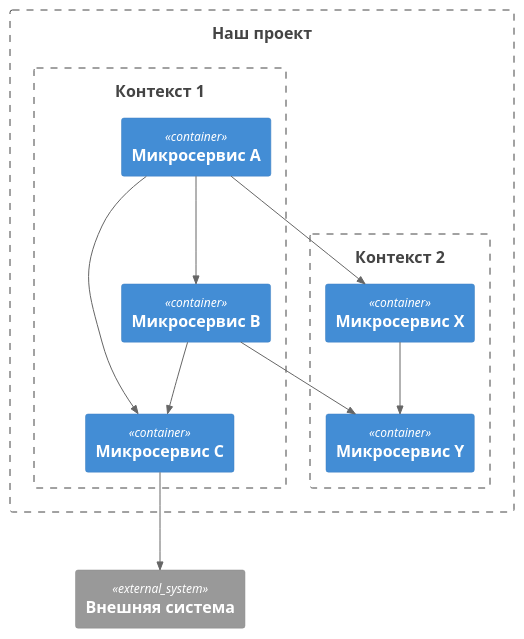
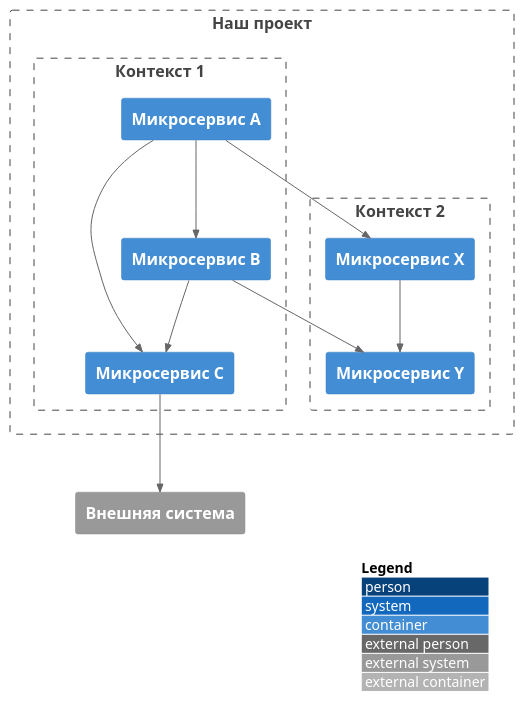
The diagram in architecture/boundaries.puml (Byndyusoft/aact), drawn with PlantUML before and after one commit.

Commit message:
исправил уникальность puml архитектур

```diff
--- a/architecture/boundaries.puml
+++ b/architecture/boundaries.puml
@@ -1,31 +1,32 @@
-@startuml "Demo Tests"
+@startuml "Demo Coupling And Cohesion"
 !include https://raw.githubusercontent.com/plantuml-stdlib/C4-PlantUML/master/C4_Container.puml
+LAYOUT_WITH_LEGEND()
 
 System_Ext(ext, "Внешняя система")
 
 Boundary(boundary0, "Наш проект"){
 
         Boundary(boundary1, "Контекст 1"){
                 Container(service1, "Микросервис A")
                 Container(service2, "Микросервис B")
                 Container(service3, "Микросервис C")
         }
 
         Boundary(boundary2, "Контекст 2"){
                 Container(service4, "Микросервис X")
                 Container(service5, "Микросервис Y")
         }
 }
 
 Rel(service1, service2, "")
 Rel(service1, service3, "")
 Rel(service2, service3, "")
 
 Rel(service1, service4, "")
 Rel(service2, service5, "")
 
 Rel(service4, service5, "")
 
 Rel(service3, ext, "")
 
 @enduml
```
